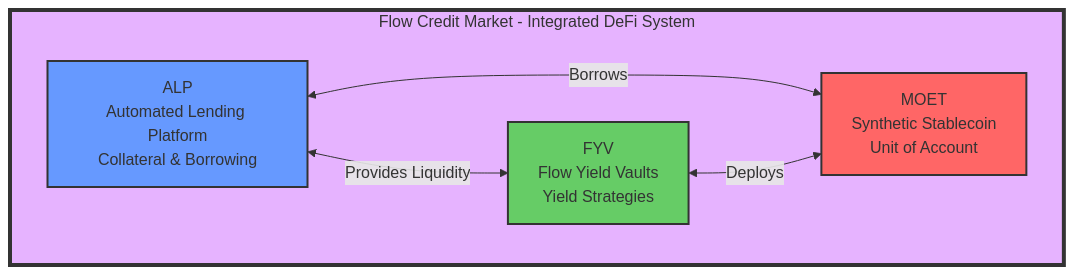
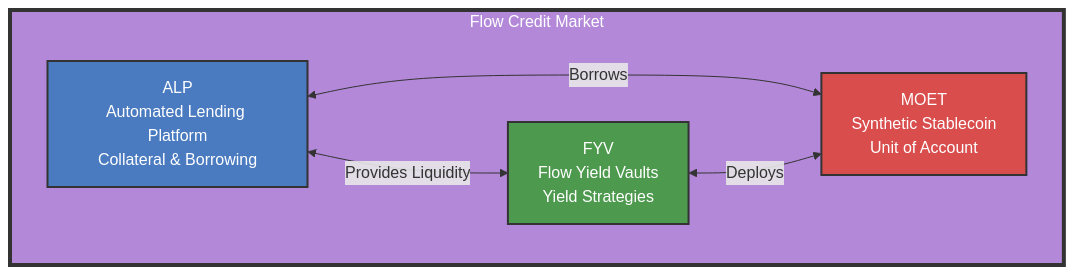
One commit to onflow/docs changed the first of 2 diagrams in docs/defi/fcm/index.md. Above: the diagram before and after it, drawn with Mermaid. The commit also changed other lines of this file and 12 other files, not shown here.

````diff
--- a/docs/defi/fcm/index.md
+++ b/docs/defi/fcm/index.md
@@ -15,17 +15,17 @@
 ```mermaid
 graph TB
-    subgraph FCM[Flow Credit Market - Integrated DeFi System]
+    subgraph FCM[Flow Credit Market]
         ALP[ALP<br/>Automated Lending Platform<br/>Collateral & Borrowing]
         FYV[FYV<br/>Flow Yield Vaults<br/>Yield Strategies]
         MOET[MOET<br/>Synthetic Stablecoin<br/>Unit of Account]
 
         ALP <-->|Borrows| MOET
         FYV <-->|Deploys| MOET
         ALP <-->|Provides Liquidity| FYV
     end
 
-    style FCM fill:#e6b3ff,stroke:#333,stroke-width:4px
-    style ALP fill:#6699ff,stroke:#333,stroke-width:2px
-    style FYV fill:#66cc66,stroke:#333,stroke-width:2px
-    style MOET fill:#ff6666,stroke:#333,stroke-width:2px
+    style FCM fill:#b388d9,stroke:#333,stroke-width:4px,color:#fff
+    style ALP fill:#4a7abf,stroke:#333,stroke-width:2px,color:#fff
+    style FYV fill:#4d994d,stroke:#333,stroke-width:2px,color:#fff
+    style MOET fill:#d94d4d,stroke:#333,stroke-width:2px,color:#fff
 ```
````
